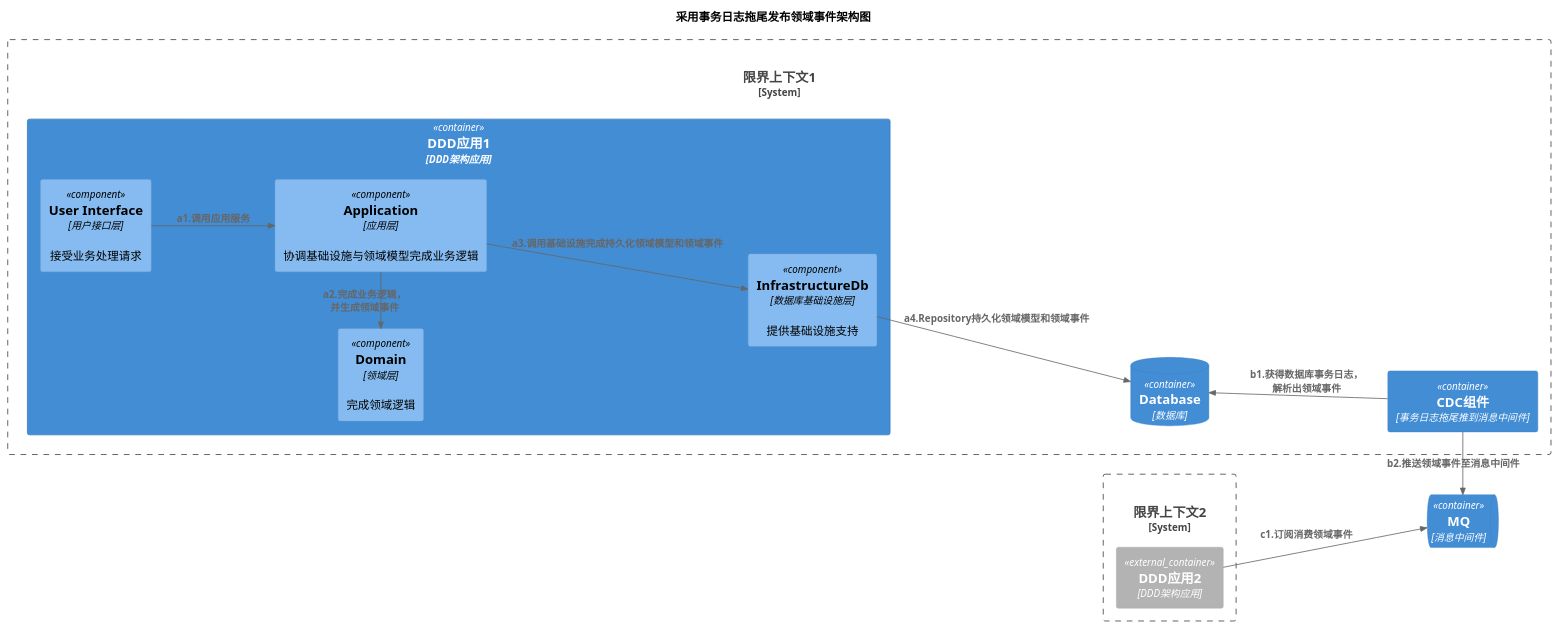
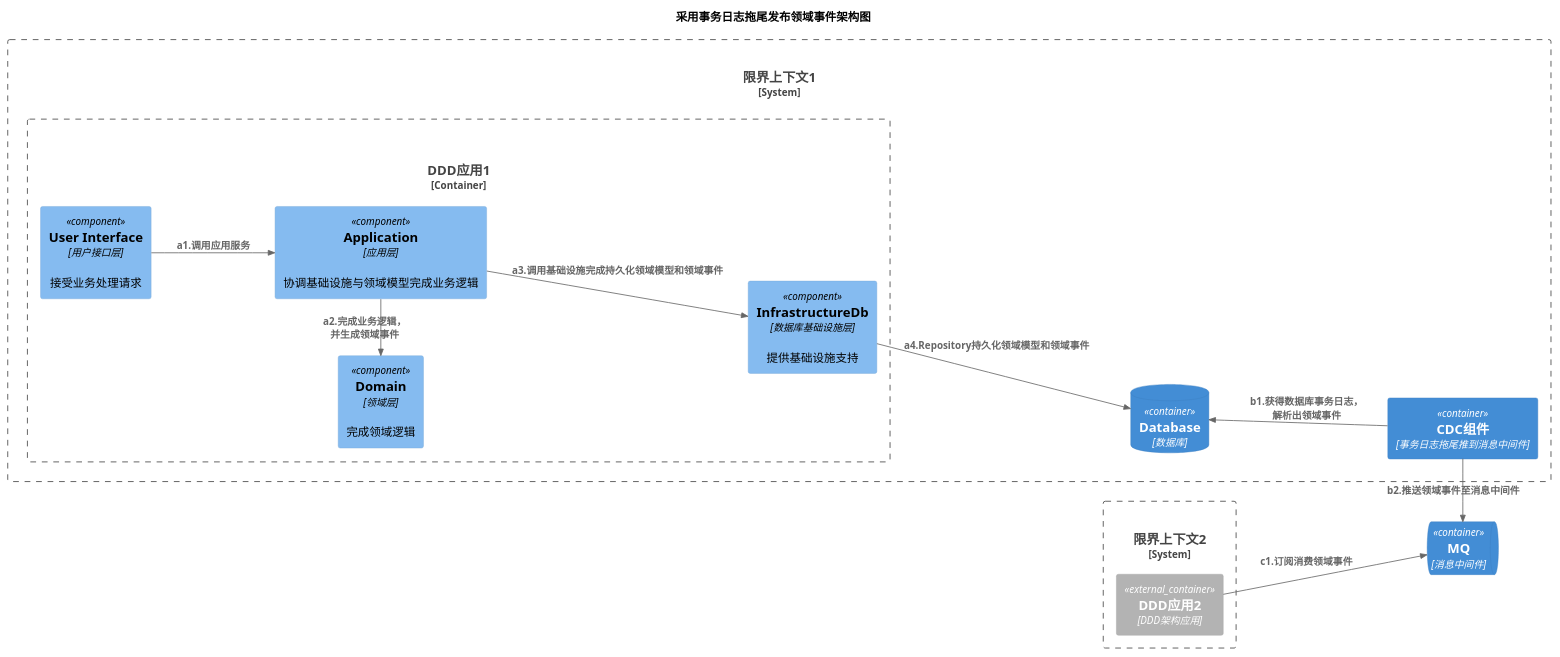
The diagram in plantuml/ct.008.puml (feiniaojin/Thinking-in-DDD), drawn with PlantUML before and after one commit. The commit also changed 17 other files, not shown here.

```diff
--- a/plantuml/ct.008.puml
+++ b/plantuml/ct.008.puml
@@ -1,40 +1,39 @@
 @startuml
 
 !include https://gitee.com/igingo/C4-PlantUML/raw/master/C4_Context.puml
 !include https://gitee.com/igingo/C4-PlantUML/raw/master/C4_Container.puml
 !include https://gitee.com/igingo/C4-PlantUML/raw/master/C4_Component.puml
 
 title "采用事务日志拖尾发布领域事件架构图"
 
 LAYOUT_LEFT_RIGHT()
 
 System_Boundary(SB_SYS1, "限界上下文1"){
 
-    Container(C_APP1, "DDD应用1","DDD架构应用"){
+    Container_Boundary(C_APP1, "DDD应用1","DDD架构应用"){
         Component(C_UI, "User Interface","用户接口层", "接受业务处理请求")
         Component(C_Application, "Application","应用层", "协调基础设施与领域模型完成业务逻辑")
         Component(C_Domain, "Domain","领域层", "完成领域逻辑")
         Component(C_InfrastructureDb, "InfrastructureDb","数据库基础设施层", "提供基础设施支持")
     }
     ContainerDb(DB, "Database", "数据库")
-
     Container(C_CDC, "CDC组件","事务日志拖尾推到消息中间件")
 }
 
 ContainerQueue(MQ, "MQ", "消息中间件")
 
 System_Boundary(SB_SYS2, "限界上下文2"){
     Container_Ext(C_APP2, "DDD应用2","DDD架构应用")
 }
 
 Rel(C_UI, C_Application, "a1.调用应用服务")
 Rel_L(C_Application, C_Domain, "a2.完成业务逻辑，并生成领域事件")
 Rel(C_Application, C_InfrastructureDb, "a3.调用基础设施完成持久化领域模型和领域事件")
 Rel(C_InfrastructureDb, DB, "a4.Repository持久化领域模型和领域事件")
 
 Rel_U(C_CDC, DB, "b1.获得数据库事务日志，解析出领域事件")
 Rel_L(C_CDC, MQ, "b2.推送领域事件至消息中间件")
 
 Rel_D(C_APP2, MQ, "c1.订阅消费领域事件")
 
 @enduml
```
